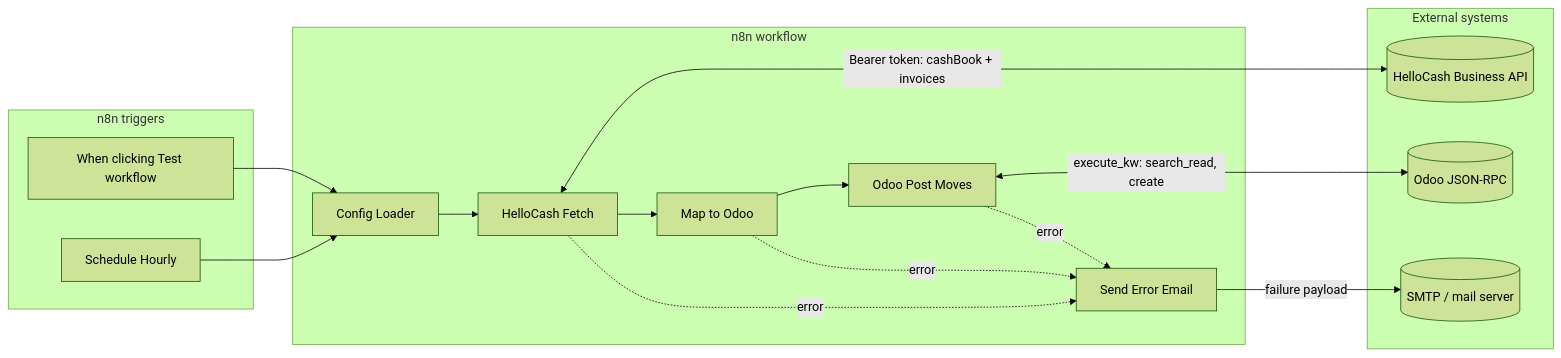
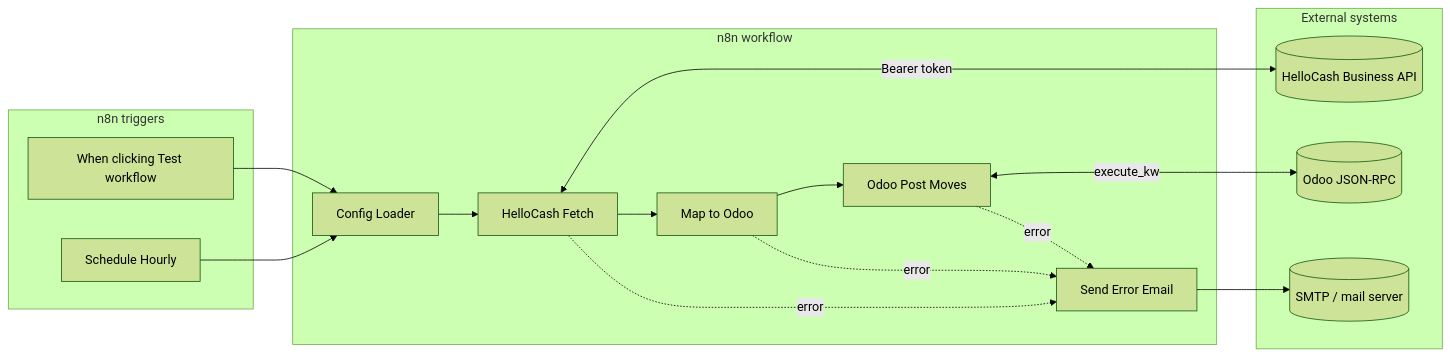
One commit to ovandunen/n8n-hosting-blumenladen changed the diagram in workflows/helloCash-odoo-sync/README.md. Above: the diagram before and after it, drawn with Mermaid (forest theme). The commit also changed other lines of this file and 23 other files, not shown here.

````diff
--- a/workflows/helloCash-odoo-sync/README.md
+++ b/workflows/helloCash-odoo-sync/README.md
@@ -90,34 +90,34 @@
 ```mermaid
 flowchart LR
   subgraph triggers["n8n triggers"]
     SCH[Schedule Hourly]
     MAN[When clicking Test workflow]
   end
 
   subgraph n8n["n8n workflow"]
     CFG[Config Loader]
     HC[HelloCash Fetch]
     MAP[Map to Odoo]
     ODOO[Odoo Post Moves]
     ERR[Send Error Email]
   end
 
   subgraph external["External systems"]
     HCB[(HelloCash Business API)]
     ODOOAPI[(Odoo JSON-RPC)]
     SMTP[(SMTP / mail server)]
   end
 
   SCH --> CFG
   MAN --> CFG
   CFG --> HC
   HC --> MAP
   MAP --> ODOO
   HC -.->|error| ERR
   MAP -.->|error| ERR
   ODOO -.->|error| ERR
 
-  HC <-->|"Bearer token: cashBook + invoices"| HCB
-  ODOO <-->|"execute_kw: search_read, create"| ODOOAPI
-  ERR -->|"failure payload"| SMTP
+  HC <-->|Bearer token| HCB
+  ODOO <-->|execute_kw| ODOOAPI
+  ERR --> SMTP
 ```
````
